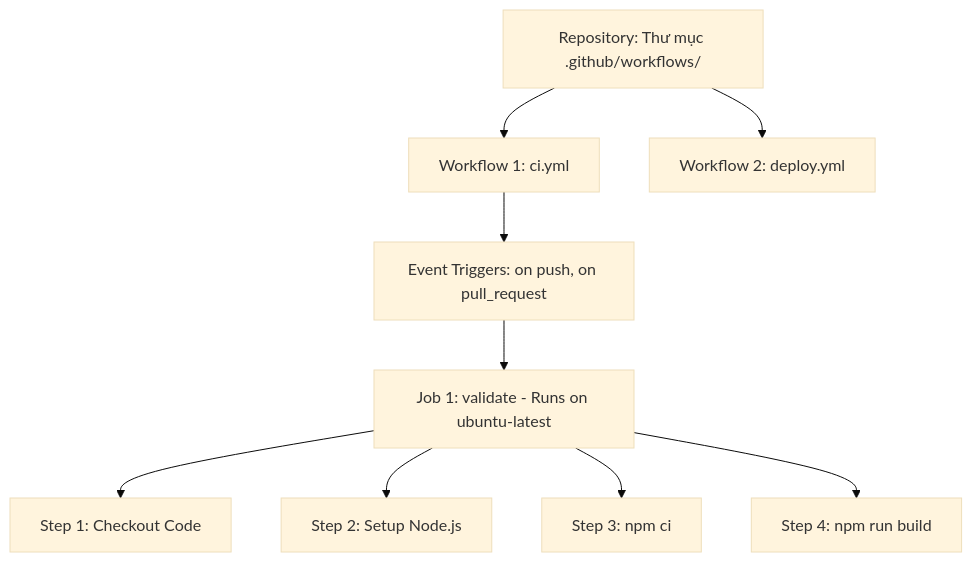
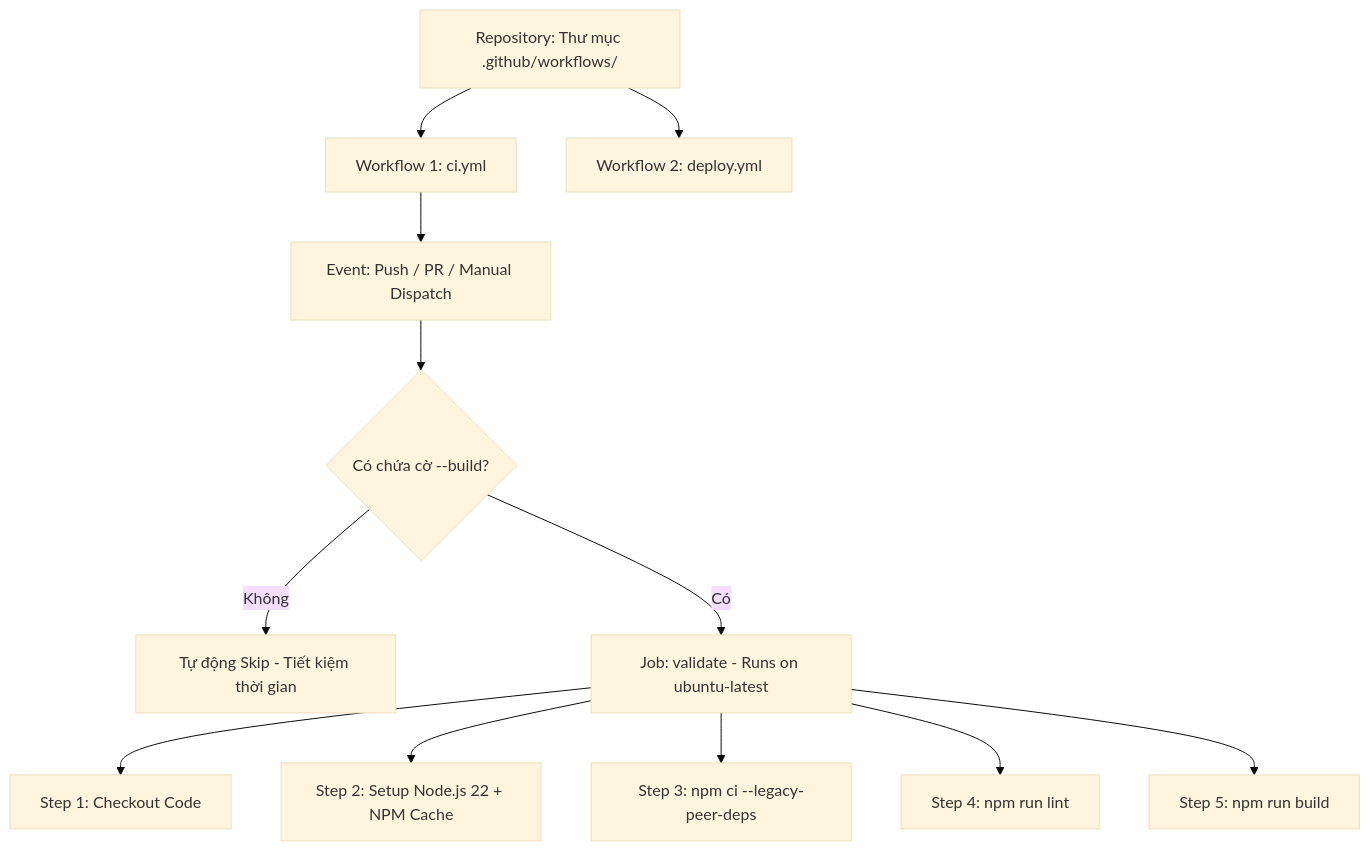
One commit to congphu97/dev-blog-client-2.0 changed the second of 4 diagrams in dev-blog-client/docs/CI_CD_GITHUB_ACTIONS.md. Above: the diagram before and after it, drawn with Mermaid (base theme). The commit also changed other lines of this file and 1 other file, not shown here.

Commit message:
docs: enrich Web and Firebase CI/CD documentation with full diagrams and guides

````diff
--- a/dev-blog-client/docs/CI_CD_GITHUB_ACTIONS.md
+++ b/dev-blog-client/docs/CI_CD_GITHUB_ACTIONS.md
@@ -56,13 +56,16 @@
 ```mermaid
 graph TD
     A[Repository: Thư mục .github/workflows/] --> B[Workflow 1: ci.yml]
     A --> C[Workflow 2: deploy.yml]
     
-    B --> D[Event Triggers: on push, on pull_request]
-    D --> E[Job 1: validate - Runs on ubuntu-latest]
+    B --> D[Event: Push / PR / Manual Dispatch]
+    D --> E{Có chứa cờ --build?}
+    E -- Không --> F[Tự động Skip - Tiết kiệm thời gian]
+    E -- Có --> G[Job: validate - Runs on ubuntu-latest]
     
-    E --> F[Step 1: Checkout Code]
-    E --> G[Step 2: Setup Node.js]
-    E --> H[Step 3: npm ci]
-    E --> I[Step 4: npm run build]
+    G --> H[Step 1: Checkout Code]
+    G --> I[Step 2: Setup Node.js 22 + NPM Cache]
+    G --> J[Step 3: npm ci --legacy-peer-deps]
+    G --> K[Step 4: npm run lint]
+    G --> L[Step 5: npm run build]
 ```
````
